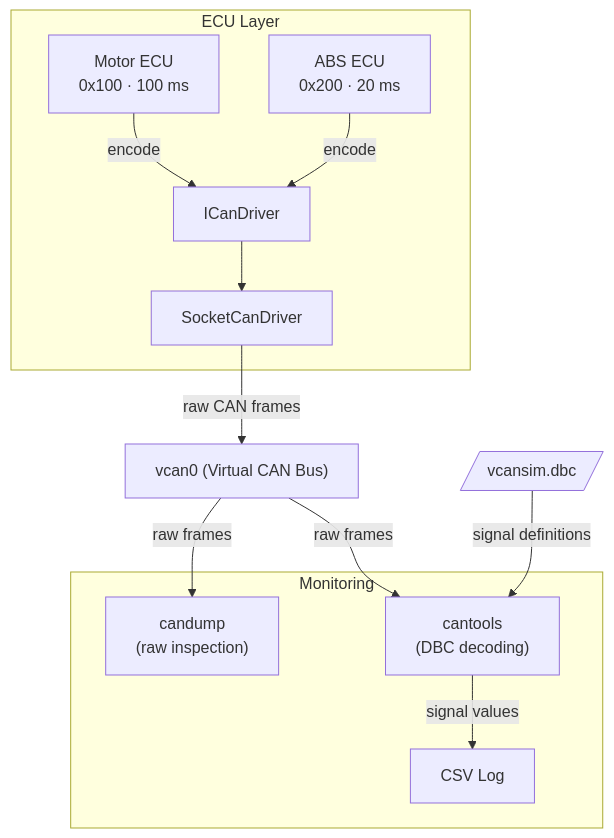
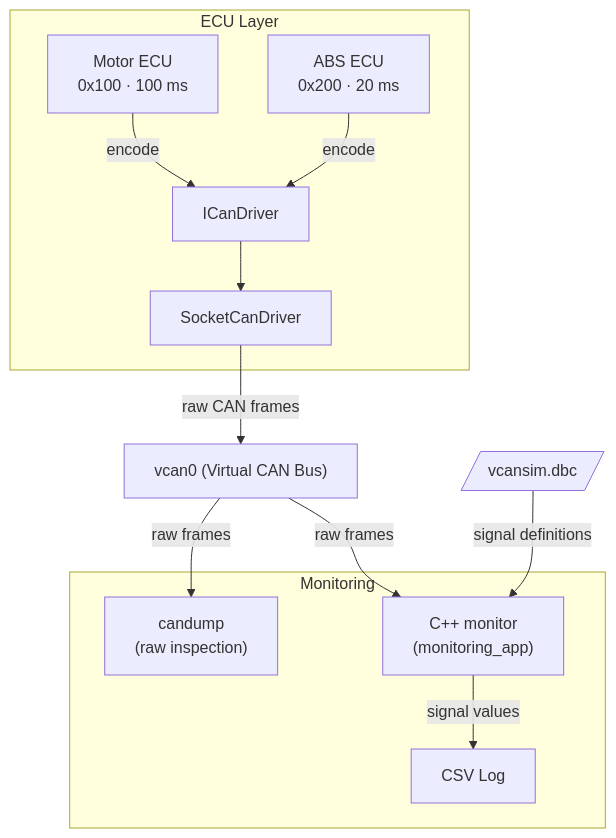
One commit to brahimab8/vcan-sim changed the diagram in README.md. Above: the diagram before and after it, drawn with Mermaid. The commit also changed other lines of this file and 1 other file, not shown here.

Commit message:
docs: update architecture and README to reference C++ monitor.

````diff
--- a/README.md
+++ b/README.md
@@ -29,27 +29,27 @@
 ```mermaid
 graph TD
     subgraph ECUs[ECU Layer]
         MOTOR["Motor ECU\n0x100 · 100 ms"]
         ABS["ABS ECU\n0x200 · 20 ms"]
         IFACE[ICanDriver]
         DRV[SocketCanDriver]
     end
 
     VCAN["vcan0 (Virtual CAN Bus)"]
     DBC[/vcansim.dbc/]
 
     subgraph MONITORING[Monitoring]
         CANDUMP["candump \n(raw inspection)"]
-        CANTOOLS["cantools \n(DBC decoding)"]
+        MONAPP["C++ monitor\n(monitoring_app)"]
         CSV[CSV Log]
     end
 
     MOTOR -->|encode| IFACE
     ABS -->|encode| IFACE
     IFACE --> DRV
     DRV -->|raw CAN frames| VCAN
     VCAN -->|raw frames| CANDUMP
-    VCAN -->|raw frames| CANTOOLS
-    DBC -->|signal definitions| CANTOOLS
-    CANTOOLS -->|signal values| CSV
+    VCAN -->|raw frames| MONAPP
+    DBC -->|signal definitions| MONAPP
+    MONAPP -->|signal values| CSV
 ```
````
